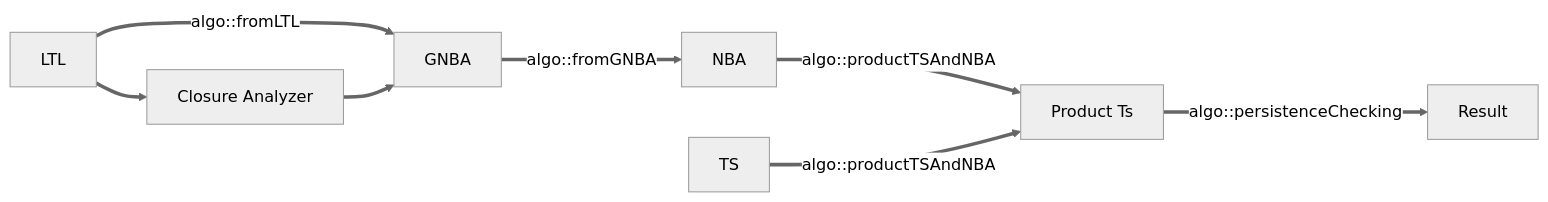
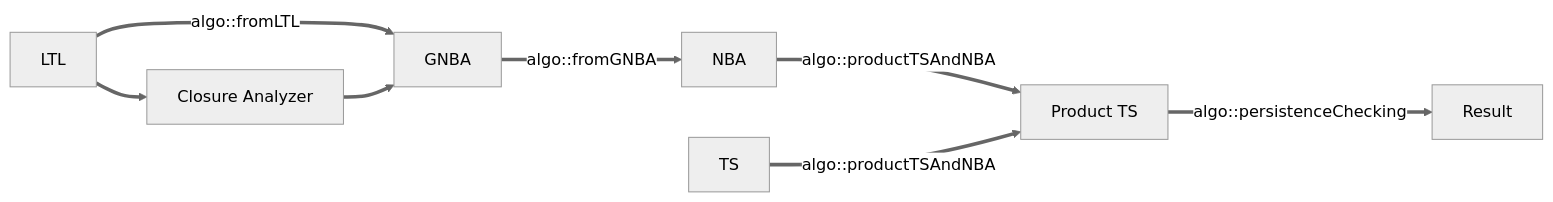
One commit to SiriusNEO/Alice changed the diagram in README.md. Above: the diagram before and after it, drawn with Mermaid (neutral theme).

````diff
--- a/README.md
+++ b/README.md
@@ -109,17 +109,17 @@
 ```mermaid
 graph LR
 A[LTL]
 B[TS]
 C[GNBA]
 D[NBA]
 E[Closure Analyzer]
-F[Product Ts]
+F[Product TS]
 G[Result]
 A ==algo::fromLTL==> C
 E ==> C
 A ==> E
 C ==algo::fromGNBA==>D
 D ==algo::productTSAndNBA==> F
 B ==algo::productTSAndNBA==> F
 F ==algo::persistenceChecking==> G
 ```
````
